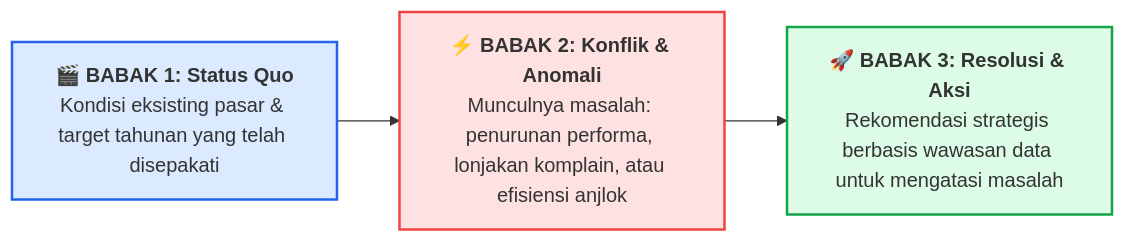
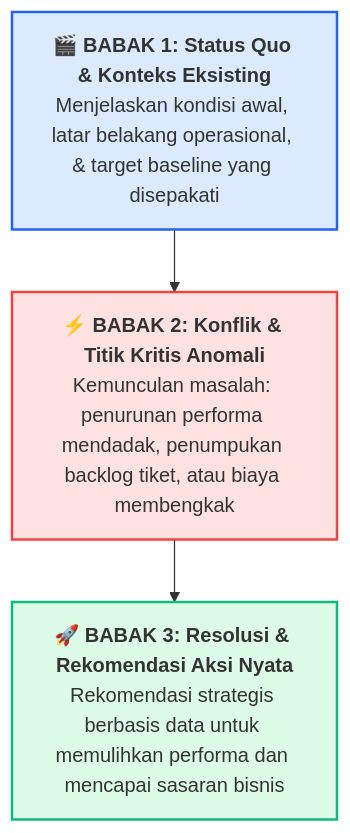
One commit to mahendaruui/Perkuliahan changed the second of 2 diagrams in docs/visualisasi-data/14-data-storytelling.md. Above: the diagram before and after it, drawn with Mermaid. The commit also changed other lines of this file and 15 other files, not shown here.

Commit message:
refactor: update and standardize mermaid diagrams across all documentation modules

````diff
--- a/docs/visualisasi-data/14-data-storytelling.md
+++ b/docs/visualisasi-data/14-data-storytelling.md
@@ -53,12 +51,10 @@
 ```mermaid
-flowchart LR
-    Babak1["🎬 <b>BABAK 1: Status Quo</b><br>Kondisi eksisting pasar & target tahunan yang telah disepakati"]
-    Babak2["⚡ <b>BABAK 2: Konflik & Anomali</b><br>Munculnya masalah: penurunan performa, lonjakan komplain, atau efisiensi anjlok"]
-    Babak3["🚀 <b>BABAK 3: Resolusi & Aksi</b><br>Rekomendasi strategis berbasis wawasan data untuk mengatasi masalah"]
-
-    Babak1 --> Babak2 --> Babak3
+flowchart TD
+    Babak1["🎬 <b>BABAK 1: Status Quo & Konteks Eksisting</b><br>Menjelaskan kondisi awal, latar belakang operasional, & target baseline yang disepakati"]
+    --> Babak2["⚡ <b>BABAK 2: Konflik & Titik Kritis Anomali</b><br>Kemunculan masalah: penurunan performa mendadak, penumpukan backlog tiket, atau biaya membengkak"]
+    --> Babak3["🚀 <b>BABAK 3: Resolusi & Rekomendasi Aksi Nyata</b><br>Rekomendasi strategis berbasis data untuk memulihkan performa dan mencapai sasaran bisnis"]
 
     style Babak1 fill:#dbeafe,stroke:#2563eb,stroke-width:2px
     style Babak2 fill:#fee2e2,stroke:#ef4444,stroke-width:2px
-    style Babak3 fill:#dcfce7,stroke:#16a34a,stroke-width:2px
+    style Babak3 fill:#dcfce7,stroke:#10b981,stroke-width:2px
 ```
````
